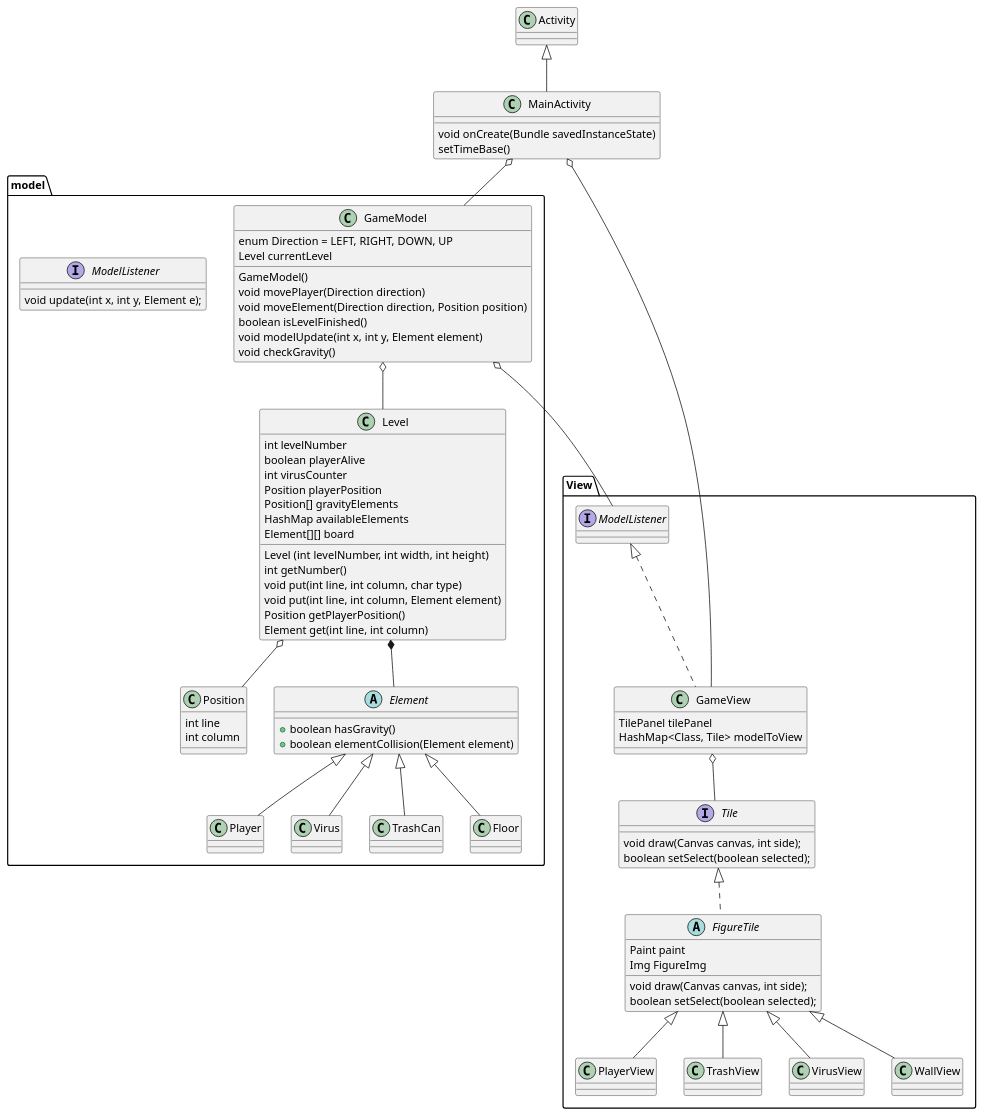
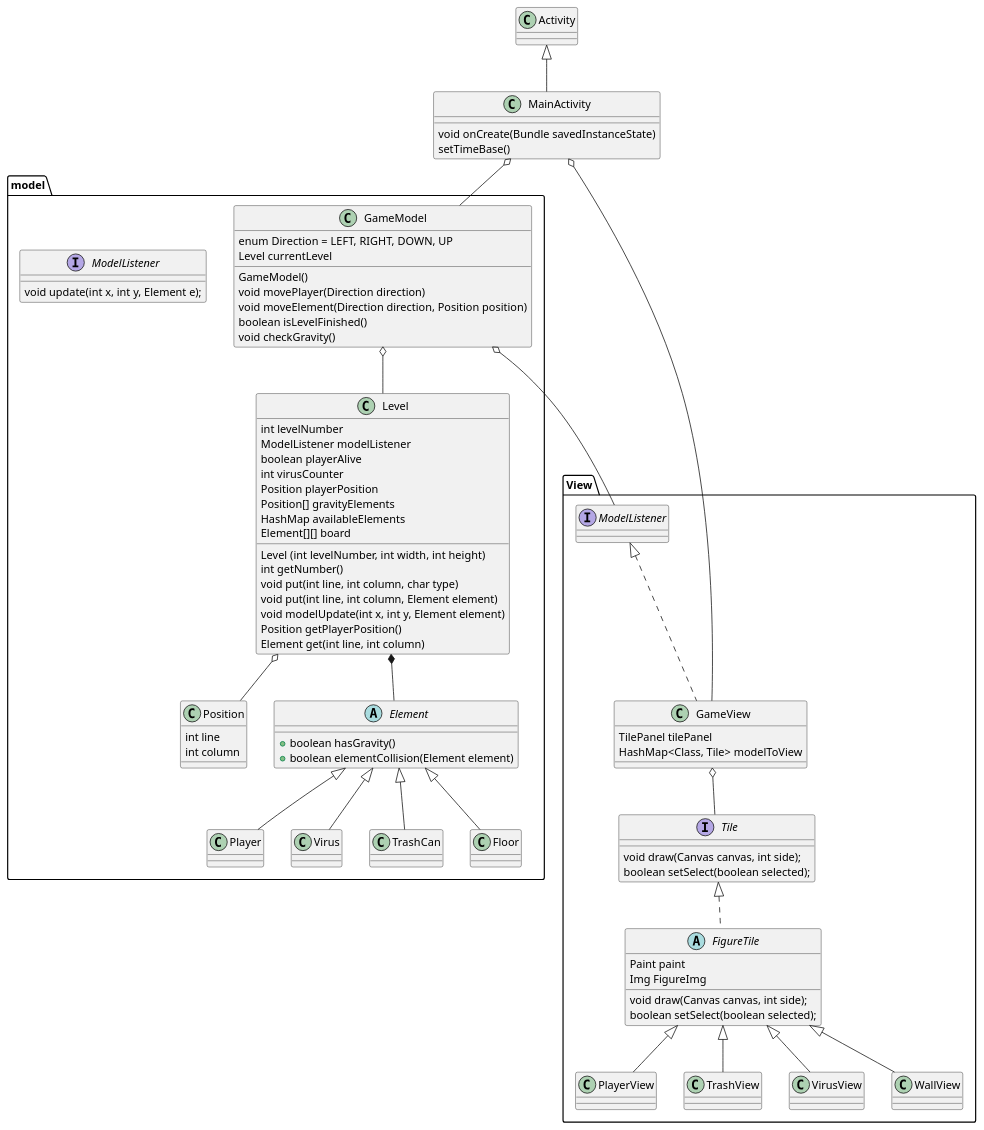
One commit to Celthund/OOP-Serie3 changed the diagram in covid.puml. Above: the diagram before and after it, drawn with PlantUML. The commit also changed 1 other file, not shown here.

```diff
--- a/covid.puml
+++ b/covid.puml
@@ -1,94 +1,95 @@
 @startuml
 
 
 
 class MainActivity extends Activity{
     void onCreate(Bundle savedInstanceState)
     setTimeBase()
 }
 
 package View {
     MainActivity o-- GameView
     GameView o-- Tile
     interface Tile {
         void draw(Canvas canvas, int side);
         boolean setSelect(boolean selected);
     }
     abstract class FigureTile implements Tile {
         Paint paint
         Img FigureImg
         void draw(Canvas canvas, int side);
         boolean setSelect(boolean selected);
     }
     class GameView implements ModelListener {
         TilePanel tilePanel
         HashMap<Class, Tile> modelToView
     }
     class PlayerView extends FigureTile
     class TrashView extends FigureTile
     class VirusView extends FigureTile
     class WallView extends FigureTile
 }
 
 package model {
 
     MainActivity o-- GameModel
     GameModel o-- Level
     GameModel o-- ModelListener
     Level o-- Position
     Level *-- Element
 
     interface ModelListener {
         void update(int x, int y, Element e);
     }
 
     class Position {
         int line
         int column
     }
 
     class GameModel {
         enum Direction = LEFT, RIGHT, DOWN, UP
         Level currentLevel
         GameModel()
         void movePlayer(Direction direction)
         void moveElement(Direction direction, Position position)
         boolean isLevelFinished()
-        void modelUpdate(int x, int y, Element element)
         void checkGravity()
     }
 
     class Level {
         int levelNumber
+        ModelListener modelListener
         boolean playerAlive
         int virusCounter
         Position playerPosition
         Position[] gravityElements
         HashMap availableElements
         Element[][] board
         Level (int levelNumber, int width, int height)
         int getNumber()
         void put(int line, int column, char type)
         void put(int line, int column, Element element)
+        void modelUpdate(int x, int y, Element element)
         Position getPlayerPosition()
         Element get(int line, int column)
     }
 
     abstract class Element {
         +boolean hasGravity()
         +boolean elementCollision(Element element)
     }
 
     class Player extends Element{
     }
 
     class Virus extends Element {
     }
 
     class TrashCan extends Element {
     }
 
     class Floor extends Element {
     }
 }
 @enduml
```
